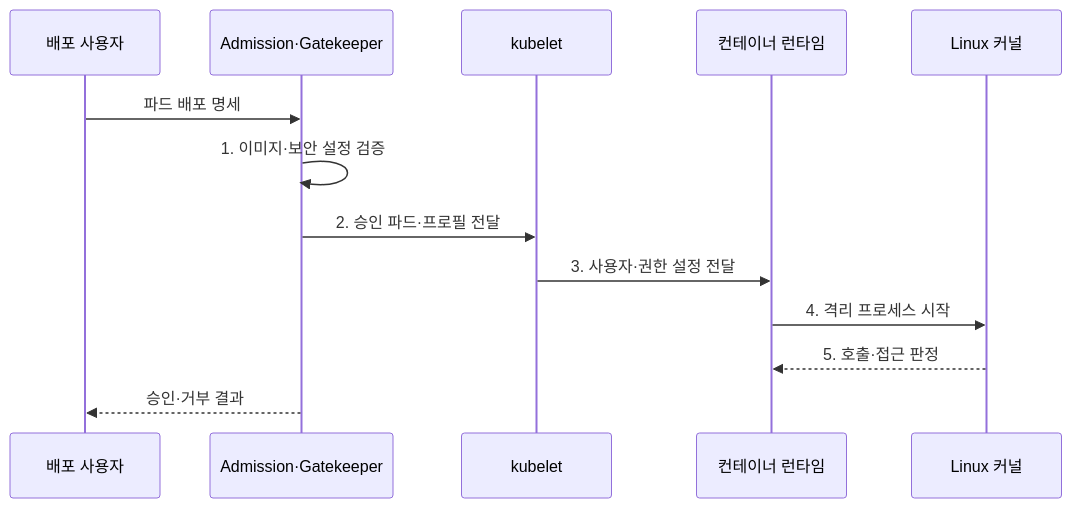
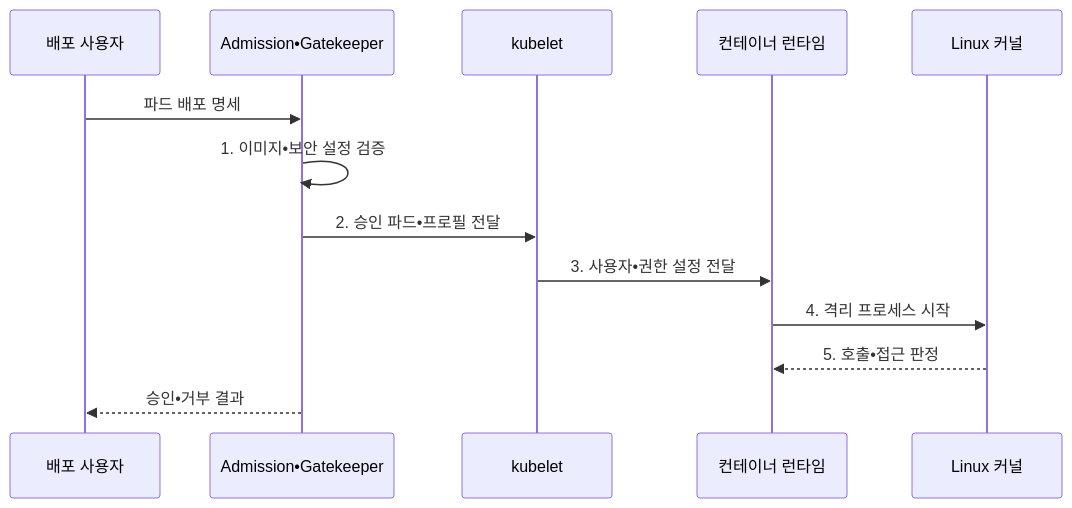
One commit to agnusdei1207/knowledge-base changed the second of 2 diagrams in src/content/docs/notes/03-software/158_container_security.md. Above: the diagram before and after it, drawn with Mermaid. The commit also changed other lines of this file and 953 other files, not shown here.

````diff
--- a/src/content/docs/notes/03-software/158_container_security.md
+++ b/src/content/docs/notes/03-software/158_container_security.md
@@ -105,15 +105,15 @@
 ```mermaid
 sequenceDiagram
     participant U as 배포 사용자
-    participant O as Admission·Gatekeeper
+    participant O as Admission•Gatekeeper
     participant N as kubelet
     participant R as 컨테이너 런타임
     participant K as Linux 커널
     U->>O: 파드 배포 명세
-    O->>O: 1. 이미지·보안 설정 검증
-    O->>N: 2. 승인 파드·프로필 전달
-    N->>R: 3. 사용자·권한 설정 전달
+    O->>O: 1. 이미지•보안 설정 검증
+    O->>N: 2. 승인 파드•프로필 전달
+    N->>R: 3. 사용자•권한 설정 전달
     R->>K: 4. 격리 프로세스 시작
-    K-->>R: 5. 호출·접근 판정
-    O-->>U: 승인·거부 결과
+    K-->>R: 5. 호출•접근 판정
+    O-->>U: 승인•거부 결과
 ```
````
